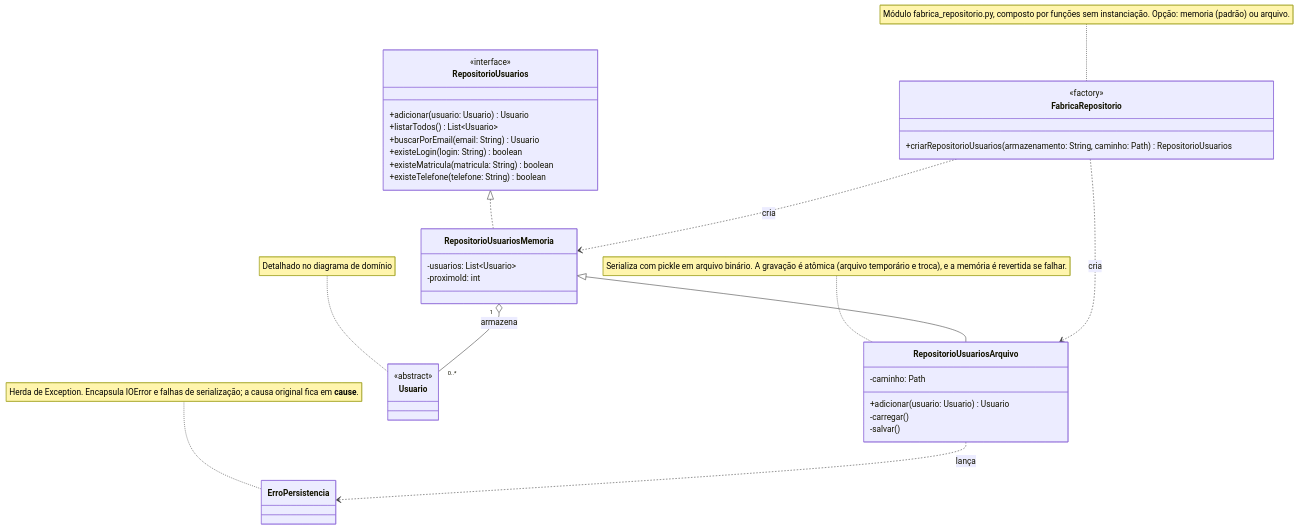
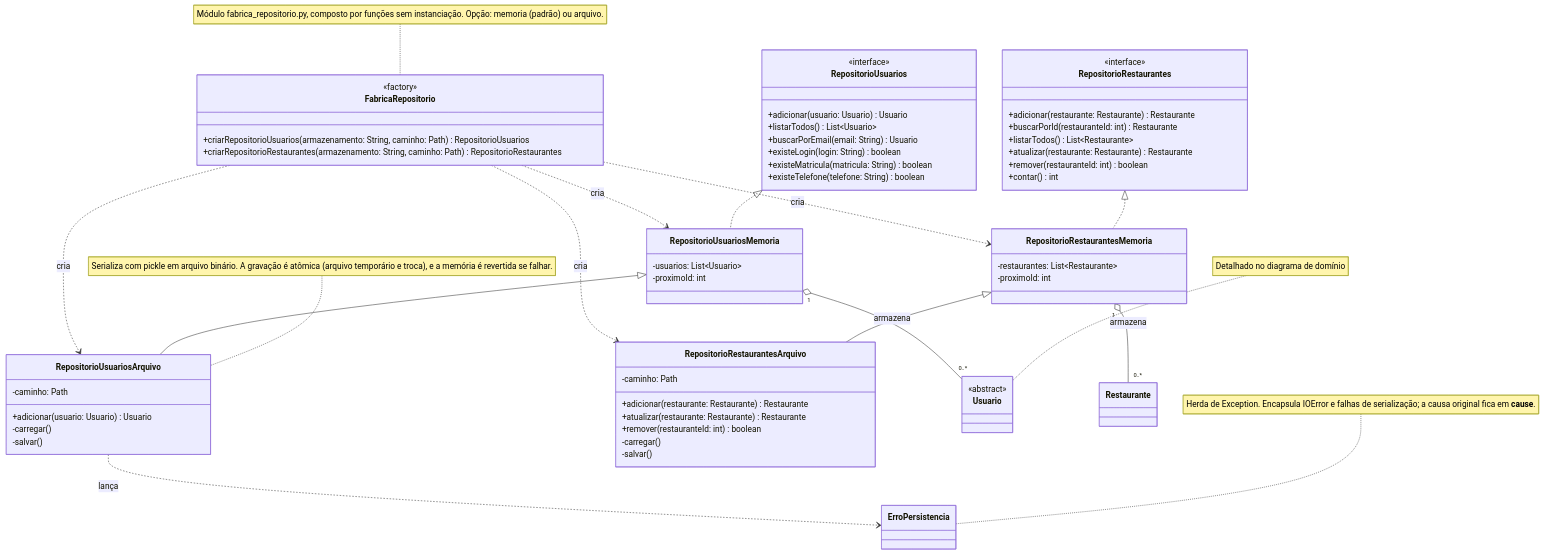
One commit to henriquesantos007/Sistema-de-Agendamento-de-Almoco changed the fourth of 6 diagrams in docs/08-projeto.md. Above: the diagram before and after it, drawn with Mermaid. The commit also changed other lines of this file and 8 other files, not shown here.

````diff
--- a/docs/08-projeto.md
+++ b/docs/08-projeto.md
@@ -346,51 +346,81 @@
 ```mermaid
 %%{init: {"flowchart": {"useMaxWidth": false}, "class": {"useMaxWidth": false}, "sequence": {"useMaxWidth": false}, "state": {"useMaxWidth": false}}}%%
 classDiagram
     direction TB
 
     class RepositorioUsuarios {
         <<interface>>
         +adicionar(usuario: Usuario) Usuario
         +listarTodos() List~Usuario~
         +buscarPorEmail(email: String) Usuario
         +existeLogin(login: String) boolean
         +existeMatricula(matricula: String) boolean
         +existeTelefone(telefone: String) boolean
     }
 
+    class RepositorioRestaurantes {
+        <<interface>>
+        +adicionar(restaurante: Restaurante) Restaurante
+        +buscarPorId(restauranteId: int) Restaurante
+        +listarTodos() List~Restaurante~
+        +atualizar(restaurante: Restaurante) Restaurante
+        +remover(restauranteId: int) boolean
+        +contar() int
+    }
+
     class RepositorioUsuariosMemoria {
         -usuarios: List~Usuario~
         -proximoId: int
     }
 
     class RepositorioUsuariosArquivo {
         -caminho: Path
         +adicionar(usuario: Usuario) Usuario
         -carregar()
         -salvar()
     }
 
+    class RepositorioRestaurantesMemoria {
+        -restaurantes: List~Restaurante~
+        -proximoId: int
+    }
+
+    class RepositorioRestaurantesArquivo {
+        -caminho: Path
+        +adicionar(restaurante: Restaurante) Restaurante
+        +atualizar(restaurante: Restaurante) Restaurante
+        +remover(restauranteId: int) boolean
+        -carregar()
+        -salvar()
+    }
+
     class FabricaRepositorio {
         <<factory>>
         +criarRepositorioUsuarios(armazenamento: String, caminho: Path) RepositorioUsuarios
+        +criarRepositorioRestaurantes(armazenamento: String, caminho: Path) RepositorioRestaurantes
     }
 
     class ErroPersistencia
 
     class Usuario {
         <<abstract>>
     }
 
     RepositorioUsuarios <|.. RepositorioUsuariosMemoria
     RepositorioUsuariosMemoria <|-- RepositorioUsuariosArquivo
     RepositorioUsuariosMemoria "1" o-- "0..*" Usuario : armazena
+    RepositorioRestaurantes <|.. RepositorioRestaurantesMemoria
+    RepositorioRestaurantesMemoria <|-- RepositorioRestaurantesArquivo
+    RepositorioRestaurantesMemoria "1" o-- "0..*" Restaurante : armazena
 
     FabricaRepositorio ..> RepositorioUsuariosMemoria : cria
     FabricaRepositorio ..> RepositorioUsuariosArquivo : cria
+    FabricaRepositorio ..> RepositorioRestaurantesMemoria : cria
+    FabricaRepositorio ..> RepositorioRestaurantesArquivo : cria
     RepositorioUsuariosArquivo ..> ErroPersistencia : lança
 
     note for ErroPersistencia "Herda de Exception. Encapsula IOError e falhas de serialização; a causa original fica em __cause__."
     note for RepositorioUsuariosArquivo "Serializa com pickle em arquivo binário. A gravação é atômica (arquivo temporário e troca), e a memória é revertida se falhar."
     note for FabricaRepositorio "Módulo fabrica_repositorio.py, composto por funções sem instanciação. Opção: memoria (padrão) ou arquivo."
     note for Usuario "Detalhado no diagrama de domínio"
 ```
````
